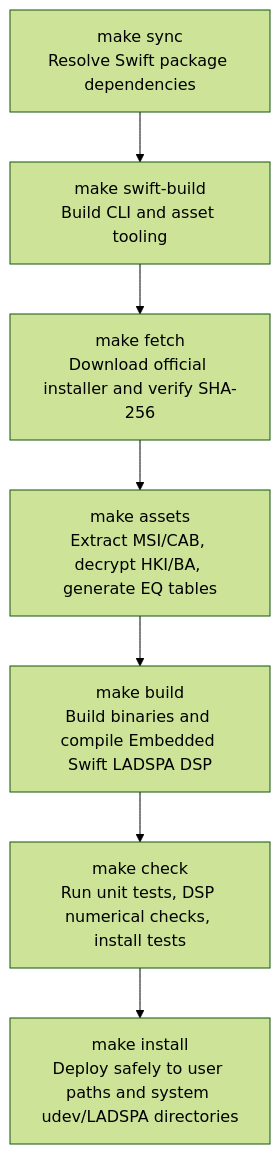
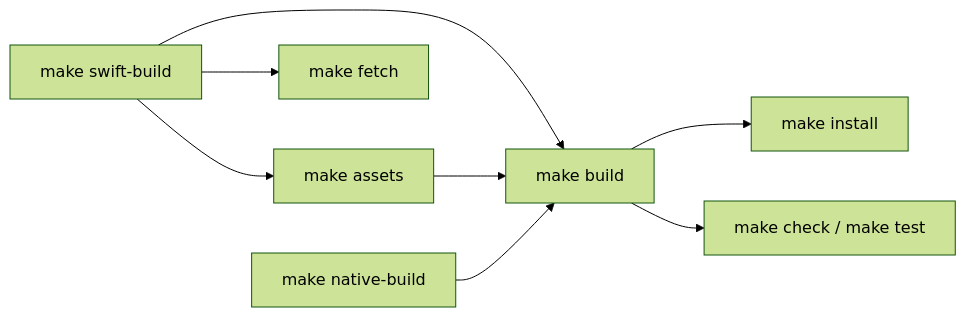
Before and after one commit to zeroday0619/inzone-linux: the diagram in docs/repository-files.md, drawn with Mermaid (forest theme). The commit also changed other lines of this file and 8 other files, not shown here.

````diff
--- a/docs/repository-files.md
+++ b/docs/repository-files.md
@@ -40,9 +42,10 @@
 ```mermaid
-flowchart TD
-    A["make sync<br>Resolve Swift package dependencies"] --> B["make swift-build<br>Build CLI and asset tooling"]
-    B --> C["make fetch<br>Download official installer and verify SHA-256"]
-    C --> D["make assets<br>Extract MSI/CAB, decrypt HKI/BA, generate EQ tables"]
-    D --> E["make build<br>Build binaries and compile Embedded Swift LADSPA DSP"]
-    E --> F["make check<br>Run unit tests, DSP numerical checks, install tests"]
-    F --> G["make install<br>Deploy safely to user paths and system udev/LADSPA directories"]
+flowchart LR
+    S[make swift-build] --> A[make assets]
+    S --> F[make fetch]
+    S --> B[make build]
+    A --> B
+    N[make native-build] --> B
+    B --> I[make install]
+    B --> C[make check / make test]
 ```
````
